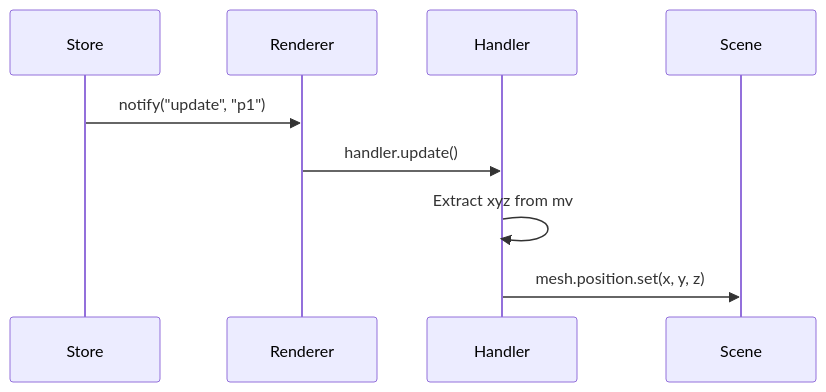
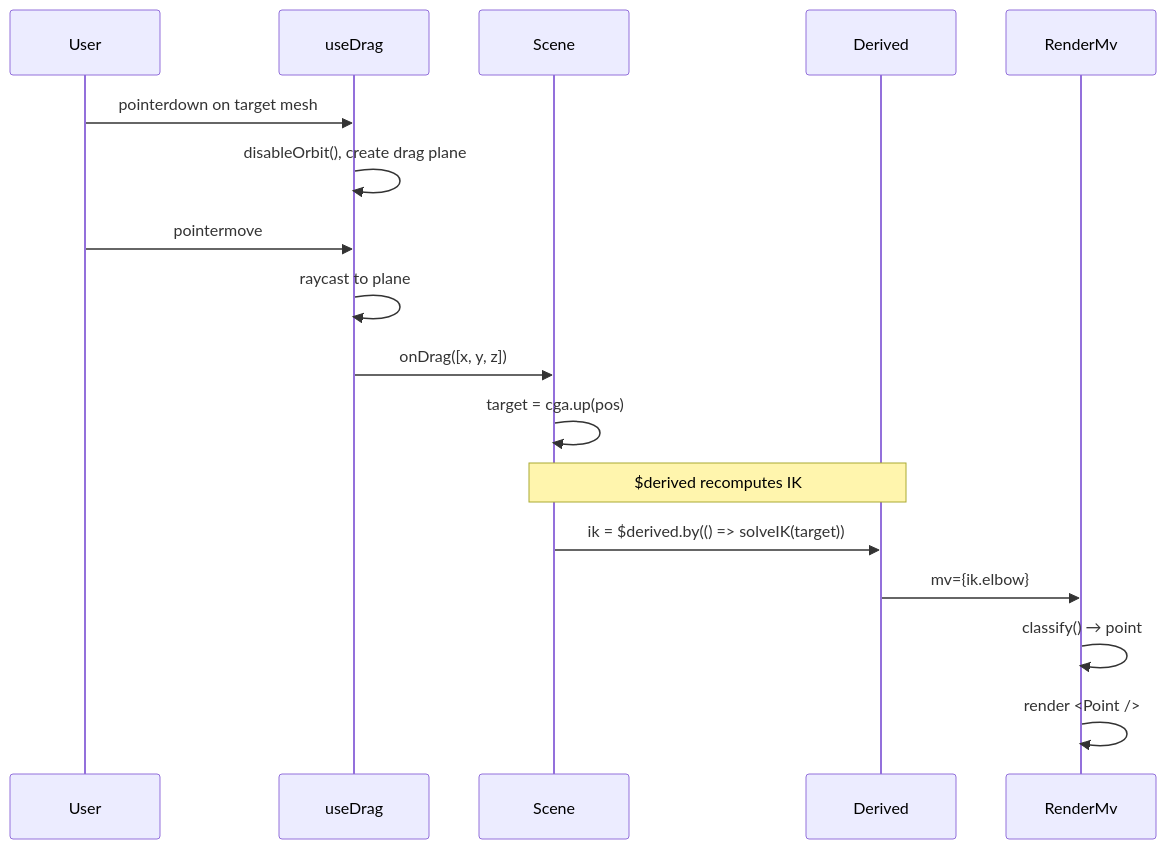
One commit to metamindxx/gaga changed the diagram in paparazzi/docs/store-based-rendering.md. Above: the diagram before and after it, drawn with Mermaid. The commit also changed other lines of this file and 65 other files, not shown here.

Commit message:
reorganize simulations using svelte stores for reactive rendering and computation added tests for CGA and PGA using vitest ported over example robot slides for CGA added simple meet point demo for PGA

````diff
--- a/paparazzi/docs/store-based-rendering.md
+++ b/paparazzi/docs/store-based-rendering.md
@@ -84,12 +133,23 @@
 ```mermaid
 sequenceDiagram
-    participant Store
-    participant Renderer
-    participant Handler
+    participant User
+    participant useDrag
     participant Scene
+    participant Derived
+    participant RenderMv
+
+    User->>useDrag: pointerdown on target mesh
+    useDrag->>useDrag: disableOrbit(), create drag plane
     
-    Store->>Renderer: notify("update", "p1")
-    Renderer->>Handler: handler.update()
-    Handler->>Handler: Extract xyz from mv
-    Handler->>Scene: mesh.position.set(x, y, z)
+    User->>useDrag: pointermove
+    useDrag->>useDrag: raycast to plane
+    useDrag->>Scene: onDrag([x, y, z])
+    Scene->>Scene: target = cga.up(pos)
+    
+    Note over Scene,Derived: $derived recomputes IK
+    Scene->>Derived: ik = $derived.by(() => solveIK(target))
+    
+    Derived->>RenderMv: mv={ik.elbow}
+    RenderMv->>RenderMv: classify() → point
+    RenderMv->>RenderMv: render <Point />
 ```
````
